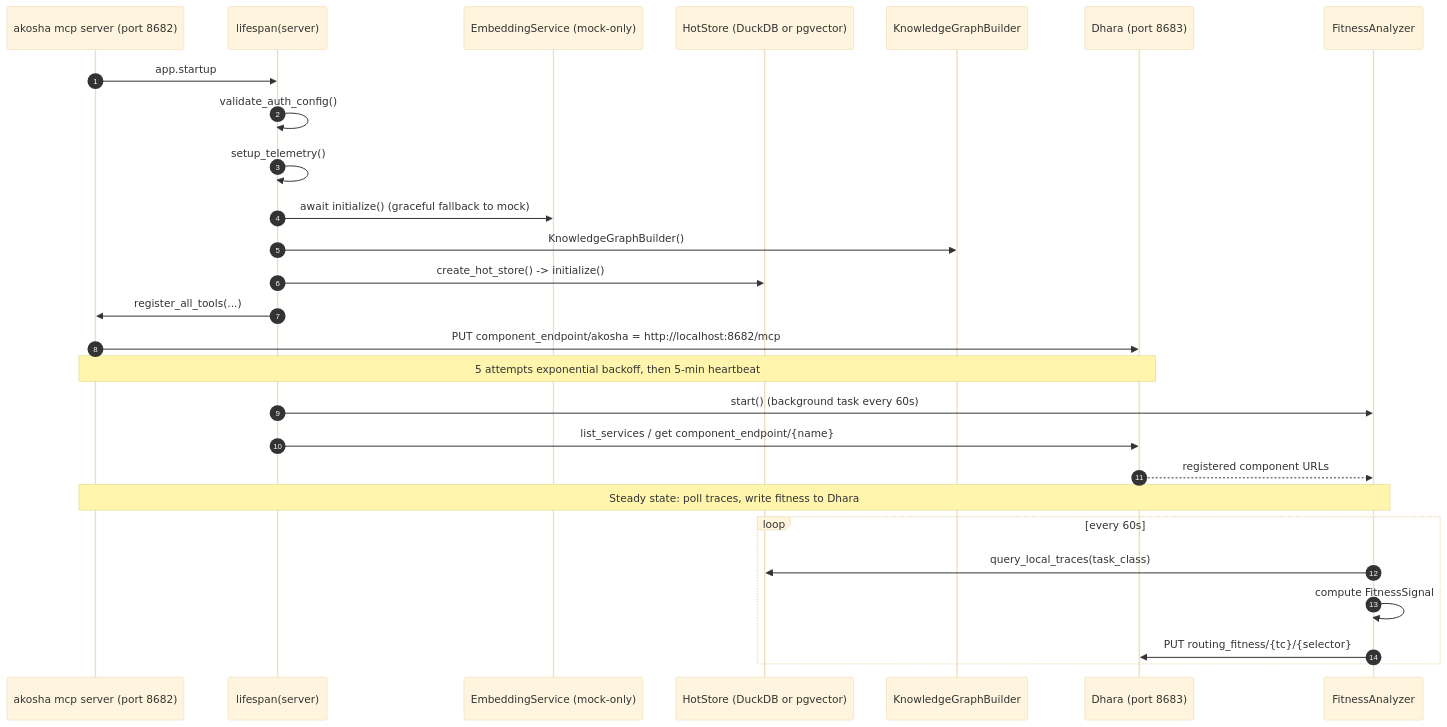
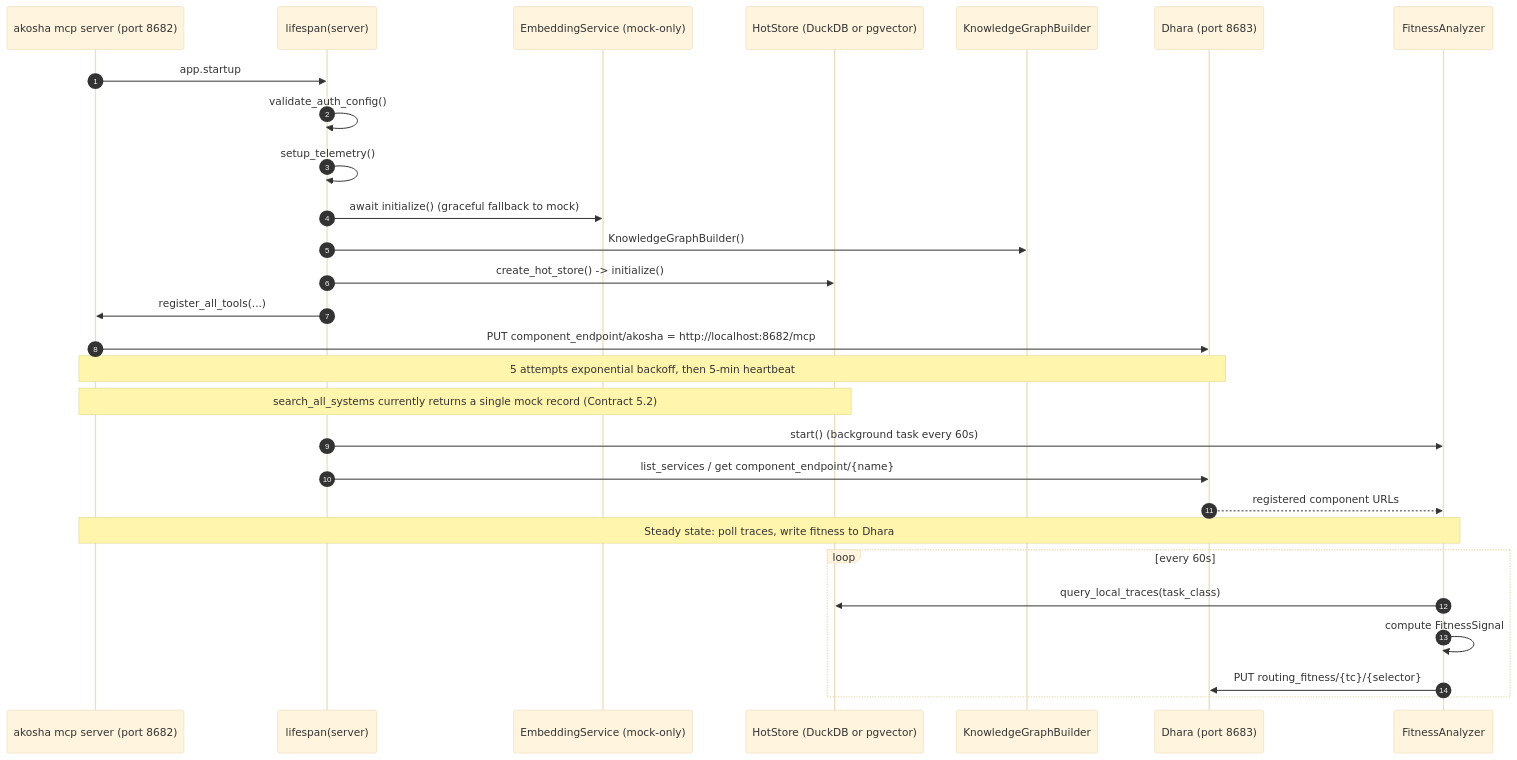
Before and after one commit to lesleslie/akosha: the second of 2 diagrams in docs/architecture/MEMORY_ARCHITECTURE.md, drawn with Mermaid (base theme).

Commit message:
docs(akosha): add Contract 5.2 note to Phase 0 sequence diagram

````diff
--- a/docs/architecture/MEMORY_ARCHITECTURE.md
+++ b/docs/architecture/MEMORY_ARCHITECTURE.md
@@ -257,31 +257,32 @@
 ```mermaid
 sequenceDiagram
     autonumber
     participant CLI as akosha mcp server (port 8682)
     participant LS as lifespan(server)
     participant EMB as EmbeddingService (mock-only)
     participant HS as HotStore (DuckDB or pgvector)
     participant KG as KnowledgeGraphBuilder
     participant DH as Dhara (port 8683)
     participant FA as FitnessAnalyzer
 
     CLI->>LS: app.startup
     LS->>LS: validate_auth_config()
     LS->>LS: setup_telemetry()
     LS->>EMB: await initialize() (graceful fallback to mock)
     LS->>KG: KnowledgeGraphBuilder()
     LS->>HS: create_hot_store() -> initialize()
     LS->>CLI: register_all_tools(...)
     CLI->>DH: PUT component_endpoint/akosha = http://localhost:8682/mcp
     Note over CLI,DH: 5 attempts exponential backoff, then 5-min heartbeat
+    Note over CLI,HS: search_all_systems currently returns a single mock record (Contract 5.2)
     LS->>FA: start() (background task every 60s)
     LS->>DH: list_services / get component_endpoint/{name}
     DH-->>FA: registered component URLs
 
     Note over CLI,FA: Steady state: poll traces, write fitness to Dhara
     loop every 60s
         FA->>HS: query_local_traces(task_class)
         FA->>FA: compute FitnessSignal
         FA->>DH: PUT routing_fitness/{tc}/{selector}
     end
 ```
````
